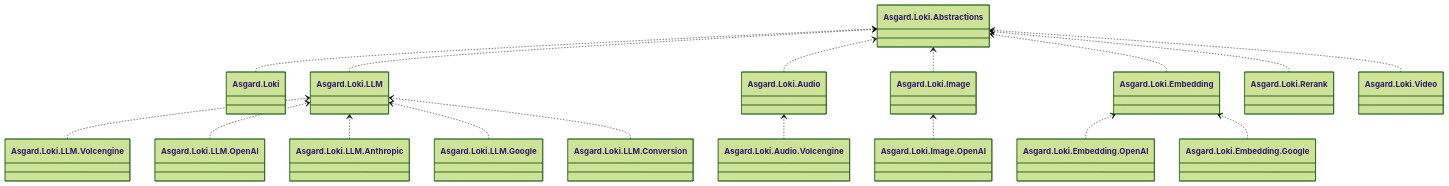
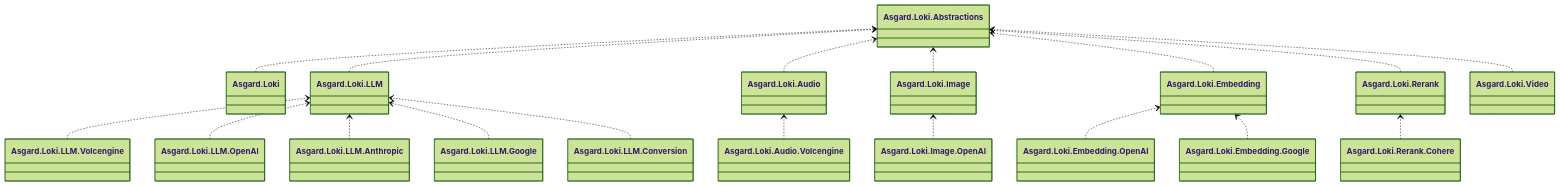
The first of 18 diagrams in docs/architecture.md (BenLampson/Asgard.Loki), drawn with Mermaid (forest theme) before and after one commit. The commit also changed other lines of this file and 28 other files, not shown here.

Commit message:
feat(rerank): add native Cohere v1 and v2 provider

````diff
--- a/docs/architecture.md
+++ b/docs/architecture.md
@@ -9,37 +9,39 @@
 ```mermaid
 classDiagram
 direction BT
 class Abstractions["Asgard.Loki.Abstractions"]
 class Client["Asgard.Loki"]
 class LLM["Asgard.Loki.LLM"]
 class Audio["Asgard.Loki.Audio"]
 class Image["Asgard.Loki.Image"]
 class Embedding["Asgard.Loki.Embedding"]
 class Rerank["Asgard.Loki.Rerank"]
 class OpenAIEmbedding["Asgard.Loki.Embedding.OpenAI"]
 class GoogleEmbedding["Asgard.Loki.Embedding.Google"]
+class CohereRerank["Asgard.Loki.Rerank.Cohere"]
 class Video["Asgard.Loki.Video"]
 class Ark["Asgard.Loki.LLM.Volcengine"]
 class OpenAILLM["Asgard.Loki.LLM.OpenAI"]
 class AnthropicLLM["Asgard.Loki.LLM.Anthropic"]
 class GoogleLLM["Asgard.Loki.LLM.Google"]
 class Conversion["Asgard.Loki.LLM.Conversion"]
 class Speech["Asgard.Loki.Audio.Volcengine"]
 class OpenAIImage["Asgard.Loki.Image.OpenAI"]
 Client ..> Abstractions
 LLM ..> Abstractions
 Audio ..> Abstractions
 Image ..> Abstractions
 Embedding ..> Abstractions
 Rerank ..> Abstractions
 OpenAIEmbedding ..> Embedding
 GoogleEmbedding ..> Embedding
+CohereRerank ..> Rerank
 Video ..> Abstractions
 Ark ..> LLM
 OpenAILLM ..> LLM
 AnthropicLLM ..> LLM
 GoogleLLM ..> LLM
 Conversion ..> LLM
 Speech ..> Audio
 OpenAIImage ..> Image
 ```
````
